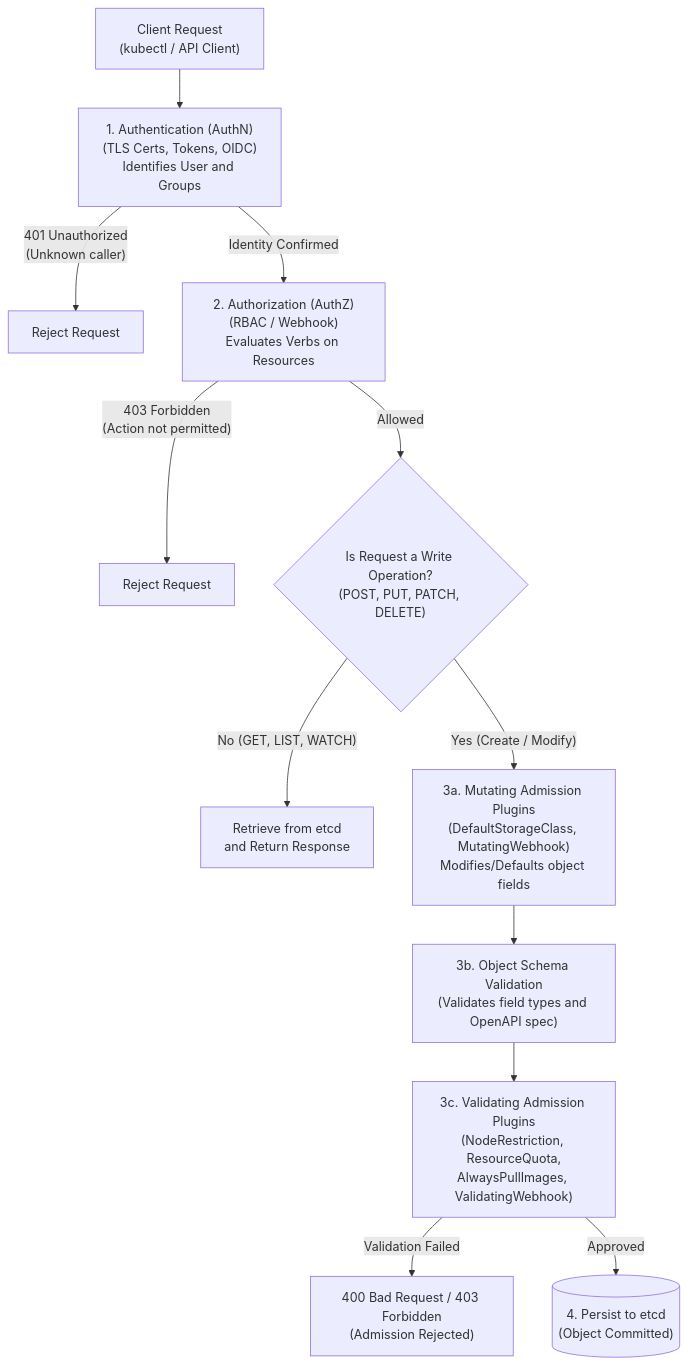
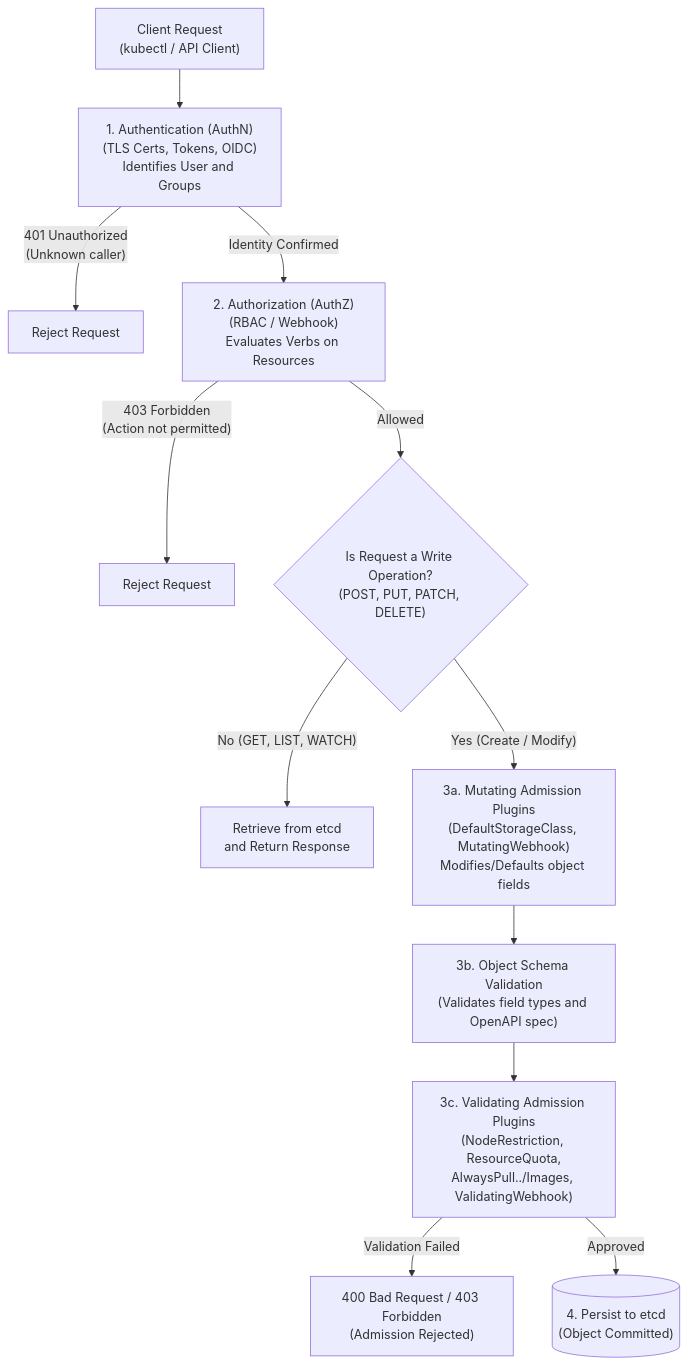
One commit to LikhithST/CKA-Notes changed the first of 2 diagrams in scheduling/12-admission-controller.md. Above: the diagram before and after it, drawn with Mermaid. The commit also changed other lines of this file and 40 other files, not shown here.

````diff
--- a/scheduling/12-admission-controller.md
+++ b/scheduling/12-admission-controller.md
@@ -50,19 +50,19 @@
 ```mermaid
 flowchart TD
     Client["Client Request<br/>(kubectl / API Client)"] --> AuthN["1. Authentication (AuthN)<br/>(TLS Certs, Tokens, OIDC)<br/>Identifies User and Groups"]
     
     AuthN -- "401 Unauthorized<br/>(Unknown caller)" --> Reject1["Reject Request"]
     AuthN -- "Identity Confirmed" --> AuthZ["2. Authorization (AuthZ)<br/>(RBAC / Webhook)<br/>Evaluates Verbs on Resources"]
 
     AuthZ -- "403 Forbidden<br/>(Action not permitted)" --> Reject2["Reject Request"]
     AuthZ -- "Allowed" --> AC{"Is Request a Write Operation?<br/>(POST, PUT, PATCH, DELETE)"}
 
     AC -- "No (GET, LIST, WATCH)" --> ExecRead["Retrieve from etcd<br/>and Return Response"]
     AC -- "Yes (Create / Modify)" --> Mutate["3a. Mutating Admission Plugins<br/>(DefaultStorageClass, MutatingWebhook)<br/>Modifies/Defaults object fields"]
 
     Mutate --> Schema["3b. Object Schema Validation<br/>(Validates field types and OpenAPI spec)"]
-    Schema --> Validate["3c. Validating Admission Plugins<br/>(NodeRestriction, ResourceQuota,<br/>AlwaysPullImages, ValidatingWebhook)"]
+    Schema --> Validate["3c. Validating Admission Plugins<br/>(NodeRestriction, ResourceQuota,<br/>AlwaysPull../Images, ValidatingWebhook)"]
 
     Validate -- "Validation Failed" --> Reject3["400 Bad Request / 403 Forbidden<br/>(Admission Rejected)"]
     Validate -- "Approved" --> ETCD[("4. Persist to etcd<br/>(Object Committed)")]
 ```
````
